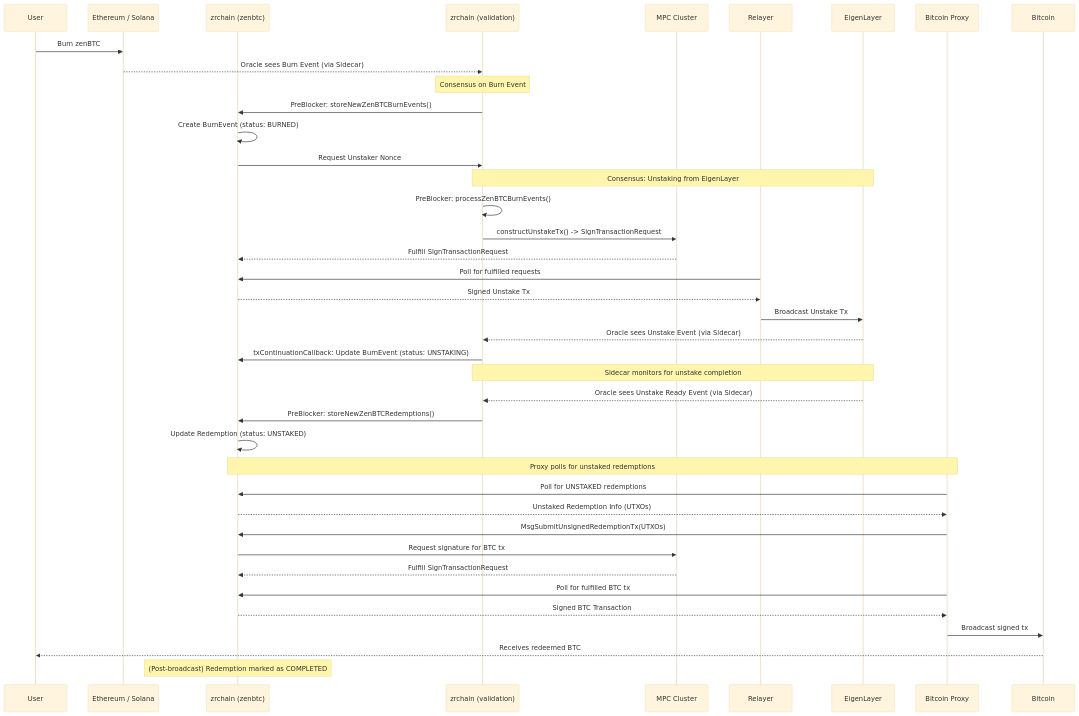
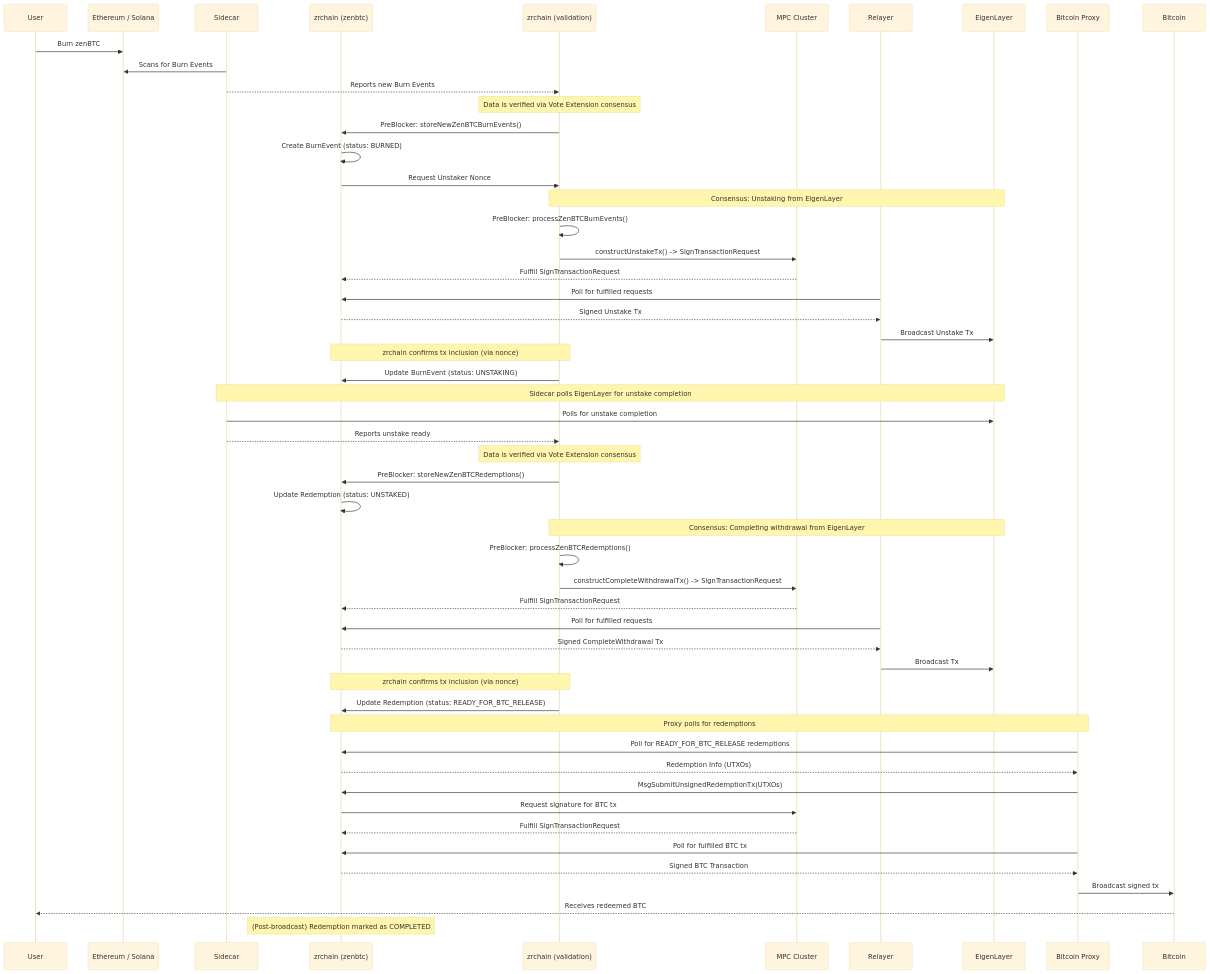
One commit to zenrocklabs/zrchain changed the second of 4 diagrams in docs/README.md. Above: the diagram before and after it, drawn with Mermaid (base theme). The commit also changed other lines of this file, not shown here.

````diff
--- a/docs/README.md
+++ b/docs/README.md
@@ -84,48 +91,64 @@
 ```mermaid
 sequenceDiagram
     participant User
     participant DestinationChain as Ethereum / Solana
+    participant Sidecar
     participant zrchain as zrchain (zenbtc)
     participant zrchain_val as zrchain (validation)
     participant MPC Cluster
     participant Relayer
     participant EigenLayer
     participant Bitcoin Proxy
     participant Bitcoin
 
     User->>DestinationChain: Burn zenBTC
-    DestinationChain-->>zrchain_val: Oracle sees Burn Event (via Sidecar)
+    Sidecar->>DestinationChain: Scans for Burn Events
+    Sidecar-->>zrchain_val: Reports new Burn Events
+    Note over zrchain_val: Data is verified via Vote Extension consensus
 
-    Note over zrchain_val: Consensus on Burn Event
     zrchain_val->>zrchain: PreBlocker: storeNewZenBTCBurnEvents()
     zrchain->>zrchain: Create BurnEvent (status: BURNED)
     zrchain->>zrchain_val: Request Unstaker Nonce
 
     Note over zrchain_val,EigenLayer: Consensus: Unstaking from EigenLayer
     zrchain_val->>zrchain_val: PreBlocker: processZenBTCBurnEvents()
     zrchain_val->>MPC Cluster: constructUnstakeTx() -> SignTransactionRequest
     MPC Cluster-->>zrchain: Fulfill SignTransactionRequest
     Relayer->>zrchain: Poll for fulfilled requests
     zrchain-->>Relayer: Signed Unstake Tx
     Relayer->>EigenLayer: Broadcast Unstake Tx
-    EigenLayer-->>zrchain_val: Oracle sees Unstake Event (via Sidecar)
-    zrchain_val->>zrchain: txContinuationCallback: Update BurnEvent (status: UNSTAKING)
+    
+    Note over zrchain_val, zrchain: zrchain confirms tx inclusion (via nonce)
+    zrchain_val->>zrchain: Update BurnEvent (status: UNSTAKING)
 
-    Note over zrchain_val,EigenLayer: Sidecar monitors for unstake completion
-    EigenLayer-->>zrchain_val: Oracle sees Unstake Ready Event (via Sidecar)
+    Note over Sidecar,EigenLayer: Sidecar polls EigenLayer for unstake completion
+    Sidecar->>EigenLayer: Polls for unstake completion
+    Sidecar-->>zrchain_val: Reports unstake ready
+    Note over zrchain_val: Data is verified via Vote Extension consensus
     zrchain_val->>zrchain: PreBlocker: storeNewZenBTCRedemptions()
     zrchain->>zrchain: Update Redemption (status: UNSTAKED)
 
-    Note over Bitcoin Proxy, zrchain: Proxy polls for unstaked redemptions
-    Bitcoin Proxy->>zrchain: Poll for UNSTAKED redemptions
-    zrchain-->>Bitcoin Proxy: Unstaked Redemption Info (UTXOs)
+    Note over zrchain_val,EigenLayer: Consensus: Completing withdrawal from EigenLayer
+    zrchain_val->>zrchain_val: PreBlocker: processZenBTCRedemptions()
+    zrchain_val->>MPC Cluster: constructCompleteWithdrawalTx() -> SignTransactionRequest
+    MPC Cluster-->>zrchain: Fulfill SignTransactionRequest
+    Relayer->>zrchain: Poll for fulfilled requests
+    zrchain-->>Relayer: Signed CompleteWithdrawal Tx
+    Relayer->>EigenLayer: Broadcast Tx
+    
+    Note over zrchain_val, zrchain: zrchain confirms tx inclusion (via nonce)
+    zrchain_val->>zrchain: Update Redemption (status: READY_FOR_BTC_RELEASE)
+
+    Note over Bitcoin Proxy, zrchain: Proxy polls for redemptions
+    Bitcoin Proxy->>zrchain: Poll for READY_FOR_BTC_RELEASE redemptions
+    zrchain-->>Bitcoin Proxy: Redemption Info (UTXOs)
     Bitcoin Proxy->>zrchain: MsgSubmitUnsignedRedemptionTx(UTXOs)
     zrchain->>MPC Cluster: Request signature for BTC tx
     MPC Cluster-->>zrchain: Fulfill SignTransactionRequest
     Bitcoin Proxy->>zrchain: Poll for fulfilled BTC tx
     zrchain-->>Bitcoin Proxy: Signed BTC Transaction
     Bitcoin Proxy->>Bitcoin: Broadcast signed tx
     Bitcoin-->>User: Receives redeemed BTC
     
     Note over zrchain: (Post-broadcast) Redemption marked as COMPLETED
 ```
````
